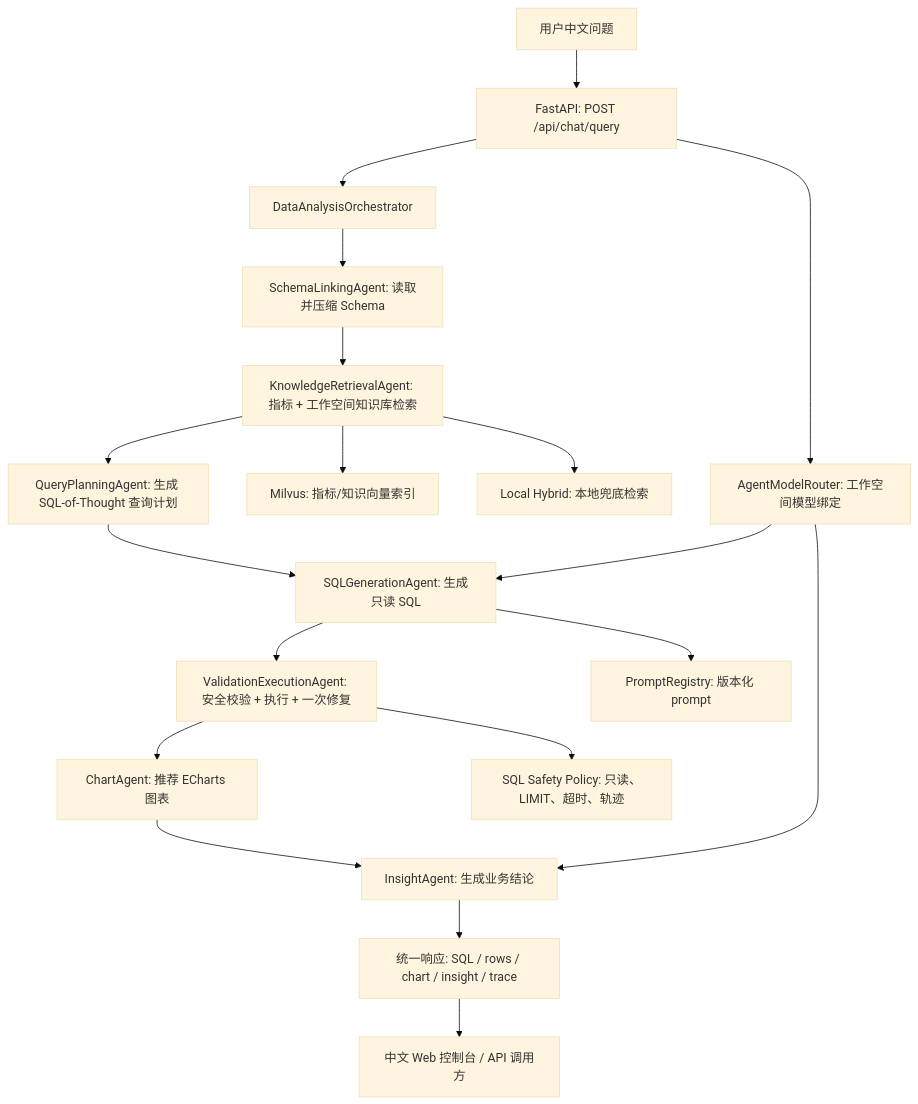
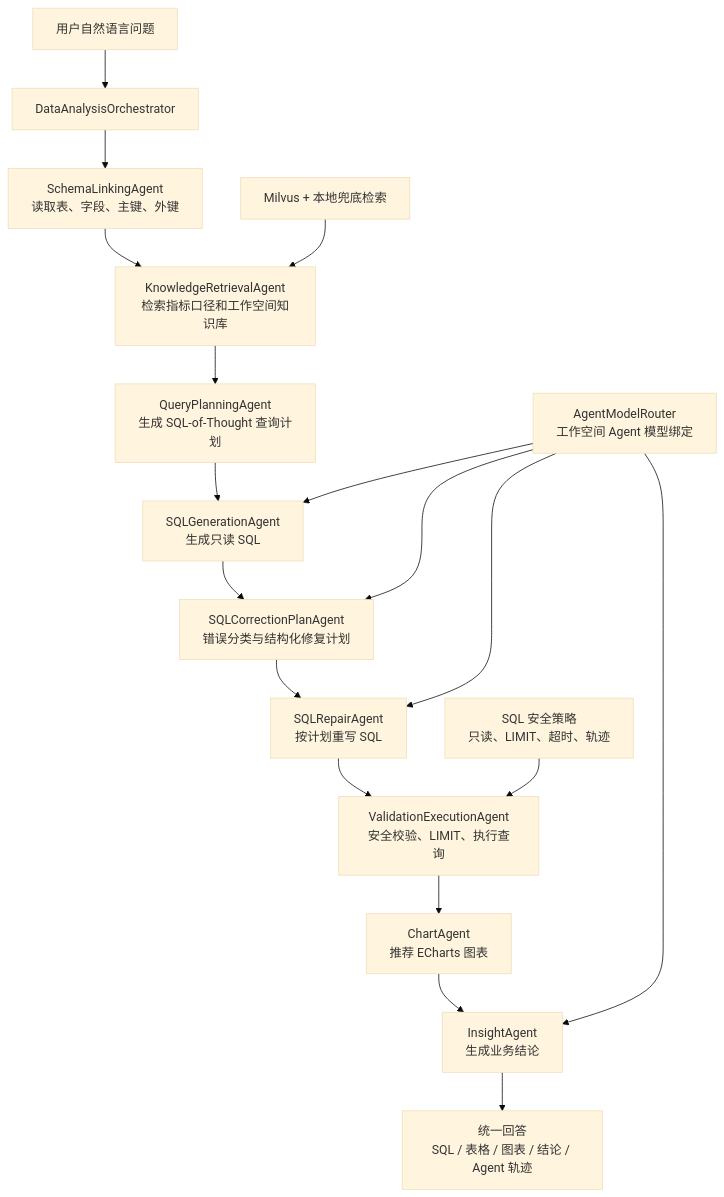
The second of 3 diagrams in README.md (chenpan979/DataWhisperer), drawn with Mermaid (base theme) before and after one commit. The commit also changed other lines of this file and 38 other files, not shown here.

````diff
--- a/README.md
+++ b/README.md
@@ -196,21 +235,21 @@
 ```mermaid
 flowchart TD
-    U["用户中文问题"] --> API["FastAPI: POST /api/chat/query"]
-    API --> O["DataAnalysisOrchestrator"]
-    API --> MR["AgentModelRouter: 工作空间模型绑定"]
-    O --> A1["SchemaLinkingAgent: 读取并压缩 Schema"]
-    A1 --> A2["KnowledgeRetrievalAgent: 指标 + 工作空间知识库检索"]
-    A2 --> A3["QueryPlanningAgent: 生成 SQL-of-Thought 查询计划"]
-    A3 --> A4["SQLGenerationAgent: 生成只读 SQL"]
-    A4 --> A5["ValidationExecutionAgent: 安全校验 + 执行 + 一次修复"]
-    A5 --> A6["ChartAgent: 推荐 ECharts 图表"]
-    A6 --> A7["InsightAgent: 生成业务结论"]
-    A2 --> VDB["Milvus: 指标/知识向量索引"]
-    A2 --> LOCAL["Local Hybrid: 本地兜底检索"]
-    A4 --> P["PromptRegistry: 版本化 prompt"]
-    MR --> A4
-    MR --> A7
-    A5 --> SAFE["SQL Safety Policy: 只读、LIMIT、超时、轨迹"]
-    A7 --> R["统一响应: SQL / rows / chart / insight / trace"]
-    R --> UI["中文 Web 控制台 / API 调用方"]
+    Q["用户自然语言问题"] --> ORCH["DataAnalysisOrchestrator"]
+    ORCH --> S1["SchemaLinkingAgent<br/>读取表、字段、主键、外键"]
+    S1 --> S2["KnowledgeRetrievalAgent<br/>检索指标口径和工作空间知识库"]
+    S2 --> S3["QueryPlanningAgent<br/>生成 SQL-of-Thought 查询计划"]
+    S3 --> S4["SQLGenerationAgent<br/>生成只读 SQL"]
+    S4 --> S5["SQLCorrectionPlanAgent<br/>错误分类与结构化修复计划"]
+    S5 --> S6["SQLRepairAgent<br/>按计划重写 SQL"]
+    S6 --> S7["ValidationExecutionAgent<br/>安全校验、LIMIT、执行查询"]
+    S7 --> S8["ChartAgent<br/>推荐 ECharts 图表"]
+    S8 --> S9["InsightAgent<br/>生成业务结论"]
+    S9 --> R["统一回答<br/>SQL / 表格 / 图表 / 结论 / Agent 轨迹"]
+
+    ROUTER["AgentModelRouter<br/>工作空间 Agent 模型绑定"] --> S4
+    ROUTER --> S5
+    ROUTER --> S6
+    ROUTER --> S9
+    POLICY["SQL 安全策略<br/>只读、LIMIT、超时、轨迹"] --> S7
+    MILVUS["Milvus + 本地兜底检索"] --> S2
 ```
````
